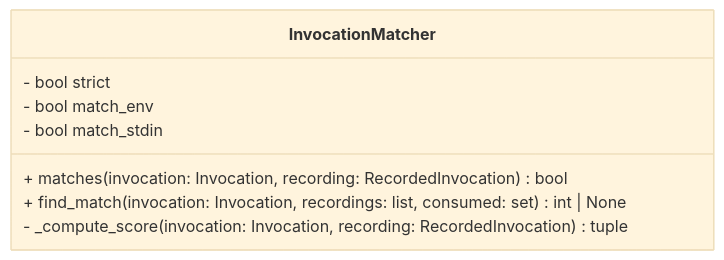
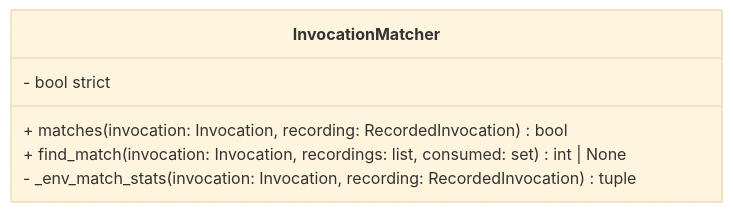
Before and after one commit to leynos/cmd-mox: diagram 25 of 27 in docs/python-native-command-mocking-design.md, drawn with Mermaid (base theme). The commit also changed other lines of this file and 7 other files, not shown here.

First line of the commit message:
refactor(recording): simplify InvocationMatcher and improve tie-break logic

````diff
--- a/docs/python-native-command-mocking-design.md
+++ b/docs/python-native-command-mocking-design.md
@@ -2176,11 +2176,9 @@
 ```mermaid
 classDiagram
     class InvocationMatcher {
         - bool strict
-        - bool match_env
-        - bool match_stdin
         + matches(invocation: Invocation, recording: RecordedInvocation) bool
         + find_match(invocation: Invocation, recordings: list, consumed: set) int | None
-        - _compute_score(invocation: Invocation, recording: RecordedInvocation) tuple
+        - _env_match_stats(invocation: Invocation, recording: RecordedInvocation) tuple
     }
 ```
````
